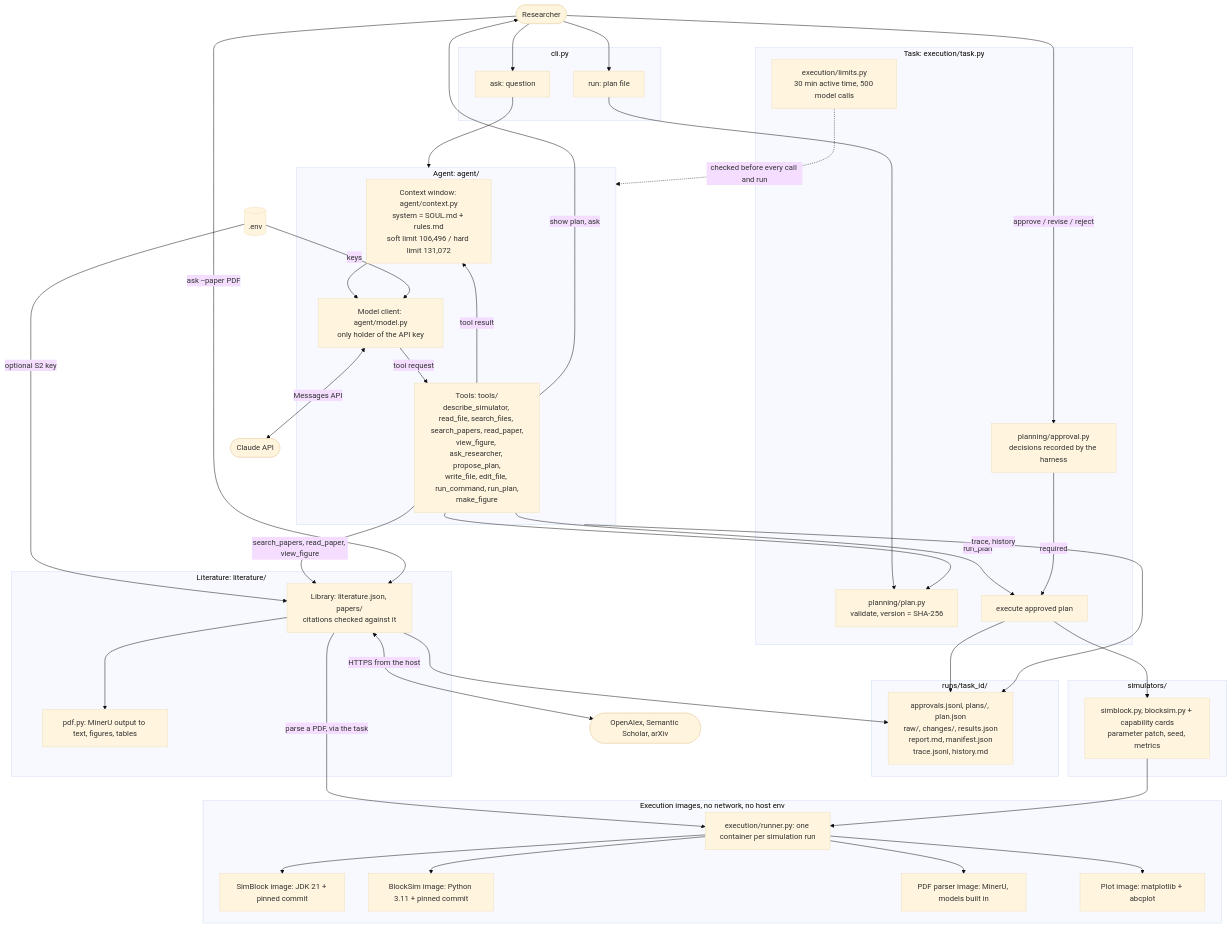
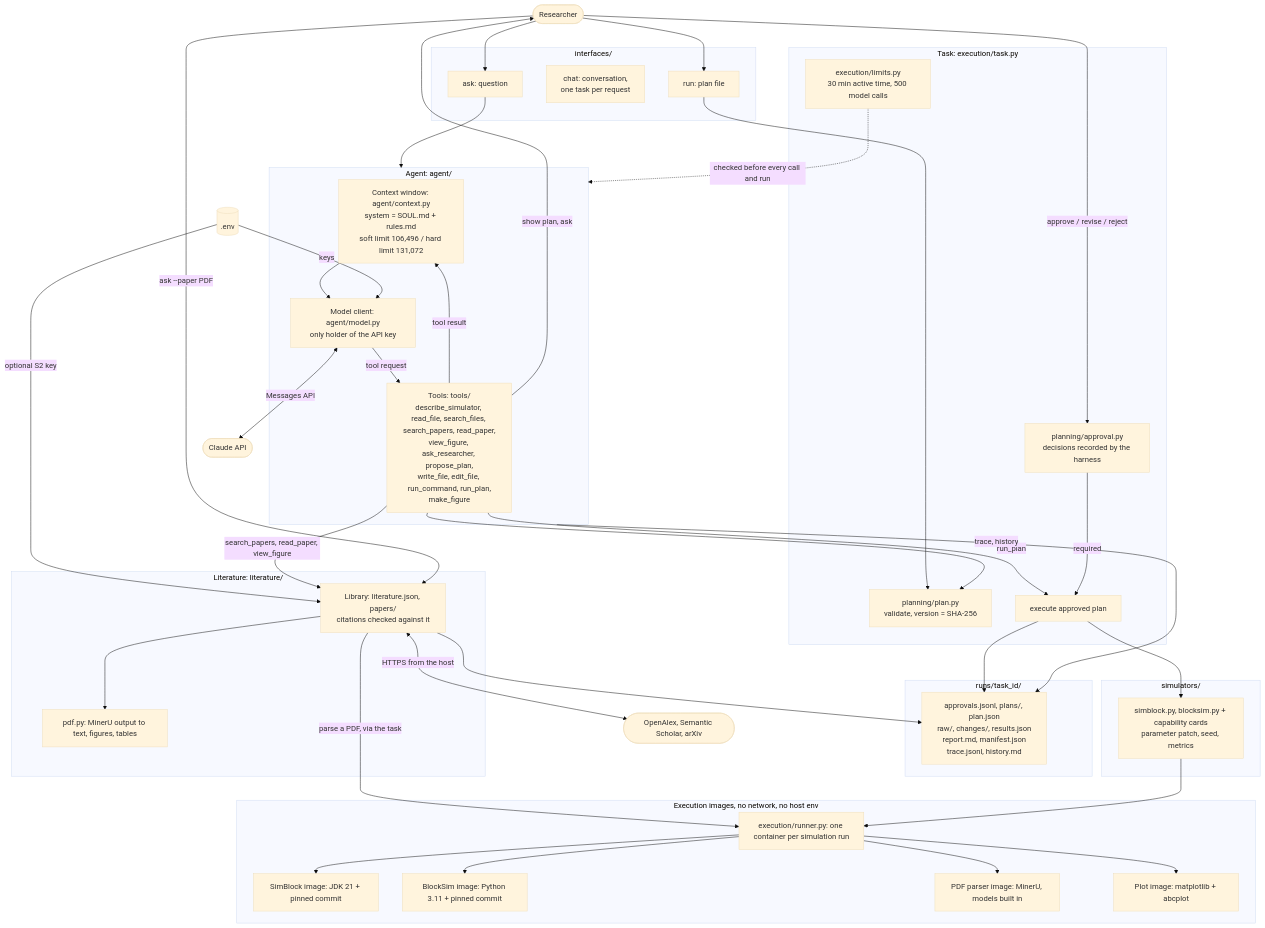
Before and after one commit to teiyou416/abc-harness: the diagram in docs/architecture.md, drawn with Mermaid (base theme). The commit also changed other lines of this file and 27 other files, not shown here.

First line of the commit message:
Add `abc-harness chat`: a conversation in which each request is its own task

````diff
--- a/docs/architecture.md
+++ b/docs/architecture.md
@@ -8,69 +8,70 @@
 ```mermaid
 flowchart TB
     R(["Researcher"])
 
-    subgraph CLI["cli.py"]
+    subgraph CLI["interfaces/"]
         ASK["ask: question"]
+        CHAT["chat: conversation,<br/>one task per request"]
         RUN["run: plan file"]
     end
 
     subgraph LOOP["Agent: agent/"]
         CTX["Context window: agent/context.py<br/>system = SOUL.md + rules.md<br/>soft limit 106,496 / hard limit 131,072"]
         LLM["Model client: agent/model.py<br/>only holder of the API key"]
         TOOLS["Tools: tools/<br/>describe_simulator, read_file, search_files, search_papers, read_paper,<br/>view_figure, ask_researcher, propose_plan,<br/>write_file, edit_file, run_command, run_plan,<br/>make_figure"]
         CTX --> LLM -->|tool request| TOOLS -->|tool result| CTX
     end
 
     subgraph TASK["Task: execution/task.py"]
         PLAN["planning/plan.py<br/>validate, version = SHA-256"]
         APPROVAL["planning/approval.py<br/>decisions recorded by the harness"]
         LIMITS["execution/limits.py<br/>30 min active time, 500 model calls"]
         EXEC["execute approved plan"]
     end
 
     subgraph SIM["simulators/"]
         ADAPTER["simblock.py, blocksim.py + capability cards<br/>parameter patch, seed, metrics"]
     end
 
     subgraph DOCKER["Execution images, no network, no host env"]
         RUNNER["execution/runner.py: one container per simulation run"]
         SIMBLOCK["SimBlock image: JDK 21 + pinned commit"]
         BLOCKSIM["BlockSim image: Python 3.11 + pinned commit"]
         PDFIMG["PDF parser image: MinerU, models built in"]
         PLOTIMG["Plot image: matplotlib + abcplot"]
         RUNNER --> SIMBLOCK
         RUNNER --> BLOCKSIM
         RUNNER --> PDFIMG
         RUNNER --> PLOTIMG
     end
 
     subgraph ART["runs/task_id/"]
         FILES["approvals.jsonl, plans/, plan.json<br/>raw/, changes/, results.json<br/>report.md, manifest.json<br/>trace.jsonl, history.md"]
     end
 
     subgraph LIT["Literature: literature/"]
         LIB["Library: literature.json, papers/<br/>citations checked against it"]
         PDF["pdf.py: MinerU output to text, figures, tables"]
         LIB --> PDF
     end
 
     ENV[(".env")] -->|keys| LLM
     ENV -->|optional S2 key| LIB
     TOOLS -->|search_papers, read_paper, view_figure| LIB
     LIB <-->|HTTPS from the host| ACADEMIC(["OpenAlex, Semantic Scholar, arXiv"])
     R -->|ask --paper PDF| LIB
     LIB -->|parse a PDF, via the task| RUNNER
     LIB --> FILES
     LLM <-->|Messages API| CLAUDE(["Claude API"])
     R --> ASK --> LOOP
     R --> RUN --> PLAN
     TOOLS --> PLAN
     TOOLS -->|show plan, ask| R
     R -->|approve / revise / reject| APPROVAL
     TOOLS -->|run_plan| EXEC
     APPROVAL -->|required| EXEC
     LIMITS -.->|checked before every call and run| LOOP
     EXEC --> ADAPTER --> RUNNER
     EXEC --> FILES
     LOOP -->|trace, history| FILES
 ```
````
